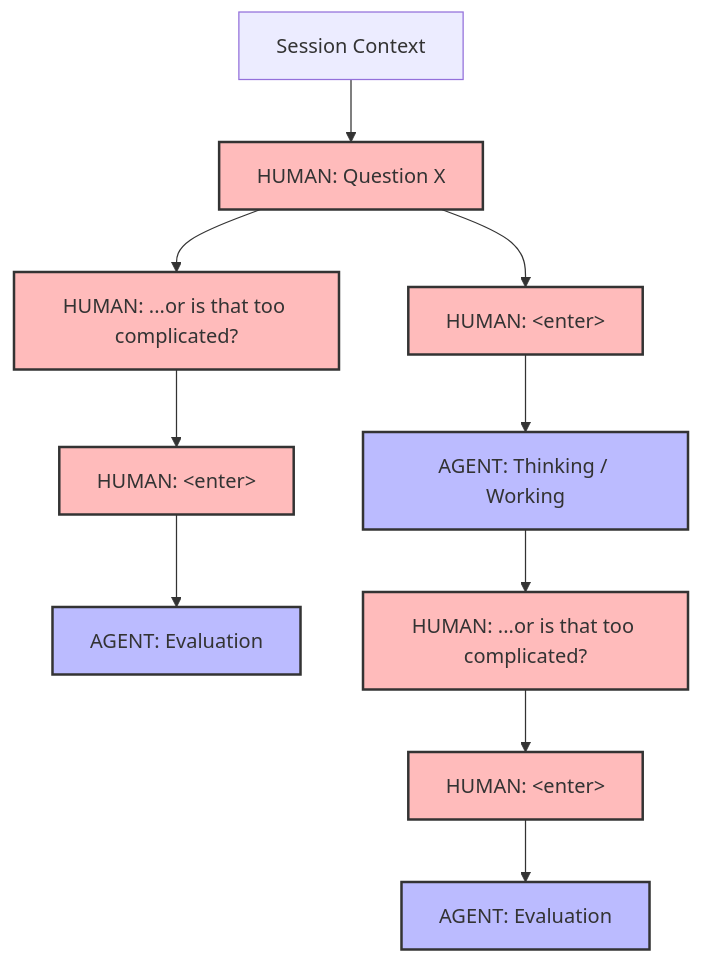
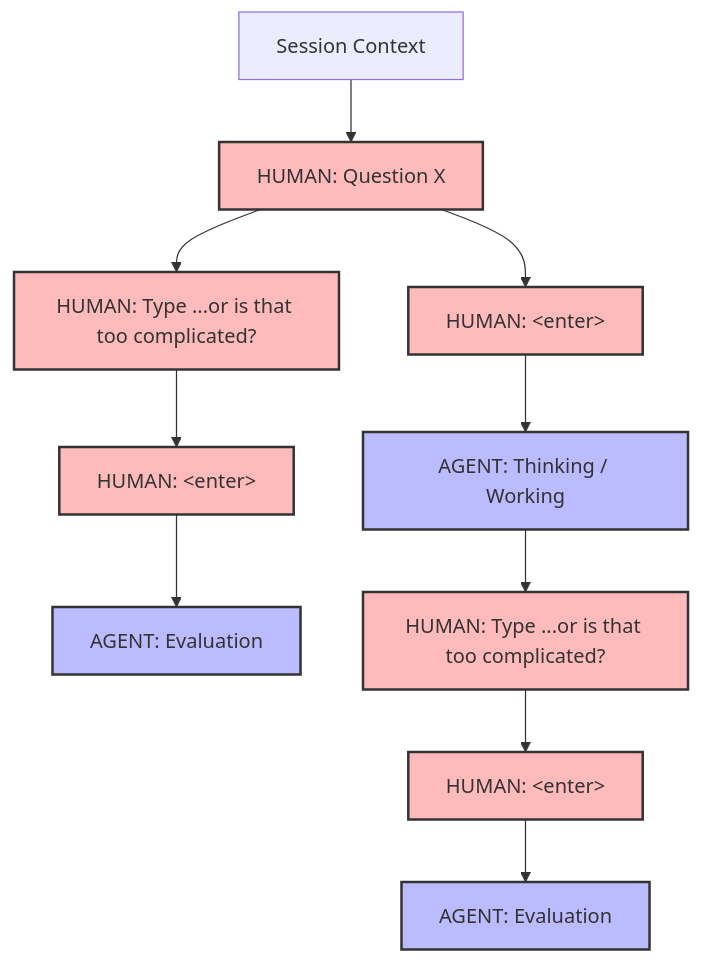
Before and after one commit to cottrell/notes: the diagram in _drafts/2026-05-10-do-agents-exhibit-sunk-cost-fallacy.md, drawn with Mermaid. The commit also changed other lines of this file, not shown here.

```diff
--- a/_drafts/2026-05-10-do-agents-exhibit-sunk-cost-fallacy.md
+++ b/_drafts/2026-05-10-do-agents-exhibit-sunk-cost-fallacy.md
@@ -10,20 +10,20 @@
 {% mermaid %}
 graph TD
     Start["Session Context"] --> TypeX["HUMAN: Question X"]
 
-    TypeX --> A_TypePivot["HUMAN: ...or is that too complicated?"]
+    TypeX --> A_TypePivot["HUMAN: Type ...or is that too complicated?"]
     A_TypePivot --> A_Enter["HUMAN: #60;enter#62;"]
     A_Enter --> EvalA["AGENT: Evaluation"]
 
     TypeX --> B_Enter["HUMAN: #60;enter#62;"]
     B_Enter --> B_Work["AGENT: Thinking / Working"]
-    B_Work --> B_TypePivot["HUMAN: ...or is that too complicated?"]
+    B_Work --> B_TypePivot["HUMAN: Type ...or is that too complicated?"]
     B_TypePivot --> B_EnterPivot["HUMAN: #60;enter#62;"]
     B_EnterPivot --> EvalB["AGENT: Evaluation"]
 
     classDef human fill:#ffbbbb,stroke:#333,stroke-width:2px
     classDef agent fill:#bbbbff,stroke:#333,stroke-width:2px
 
     class TypeX,A_TypePivot,A_Enter,B_Enter,B_TypePivot,B_EnterPivot human
     class B_Work,EvalA,EvalB agent
 {% endmermaid %}
```
